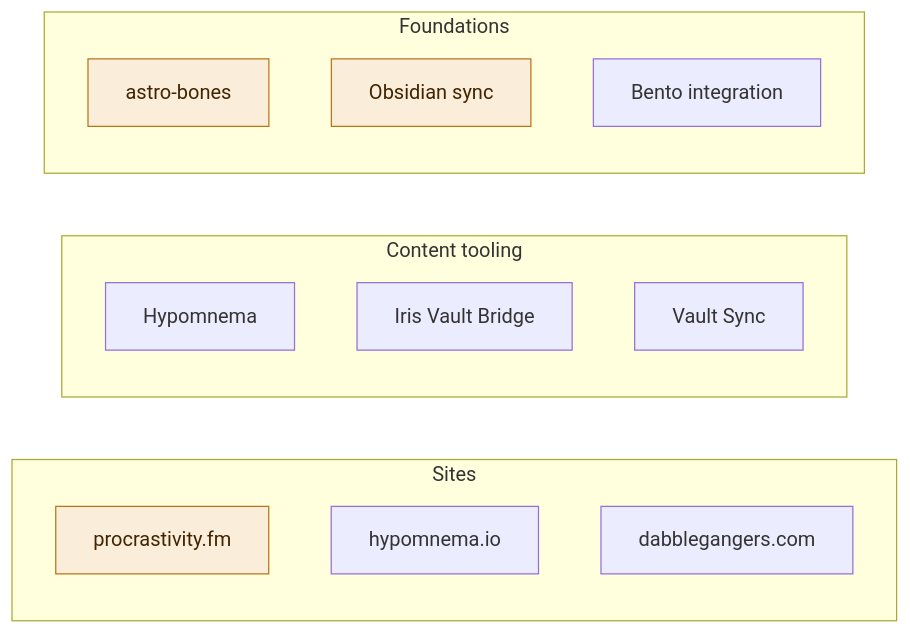
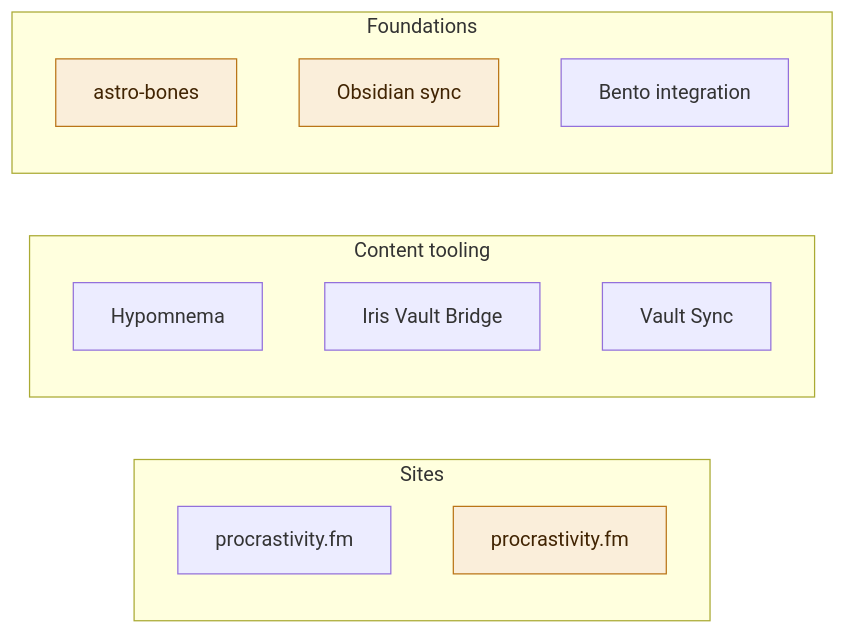
One commit to simensen/beausimensen-com-content changed the diagram in pages/now.md. Above: the diagram before and after it, drawn with Mermaid.

Commit message:
sync 2026-05-25T02:46:08Z

````diff
--- a/pages/now.md
+++ b/pages/now.md
@@ -12,25 +12,24 @@
 ```mermaid
 flowchart LR
     subgraph Sites
+        beausimensen[procrastivity.fm]
         procrastivity[procrastivity.fm]
-        hyposite[hypomnema.io]
-        dabble[dabblegangers.com]
     end
 
     subgraph "Content tooling"
         hypomnema[Hypomnema]
         bridge[Iris Vault Bridge]
         vsync[Vault Sync]
     end
 
     subgraph Foundations
         bones[astro-bones]
         sync[Obsidian sync]
         bento[Bento integration]
     end
 
     classDef shipped fill:#EAF3DE,stroke:#639922,color:#173404
     classDef active fill:#FAEEDA,stroke:#BA7517,color:#412402
     class gethmn shipped
     class procrastivity,bones,sync active
 ```
````
